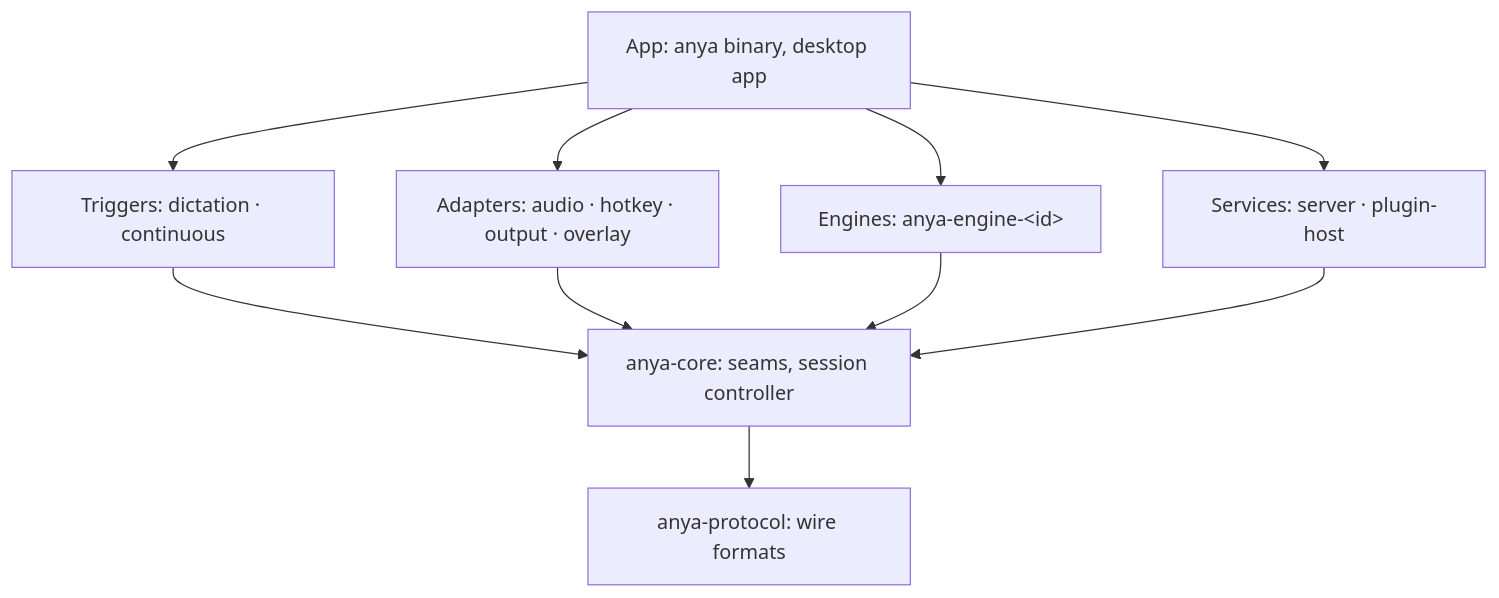
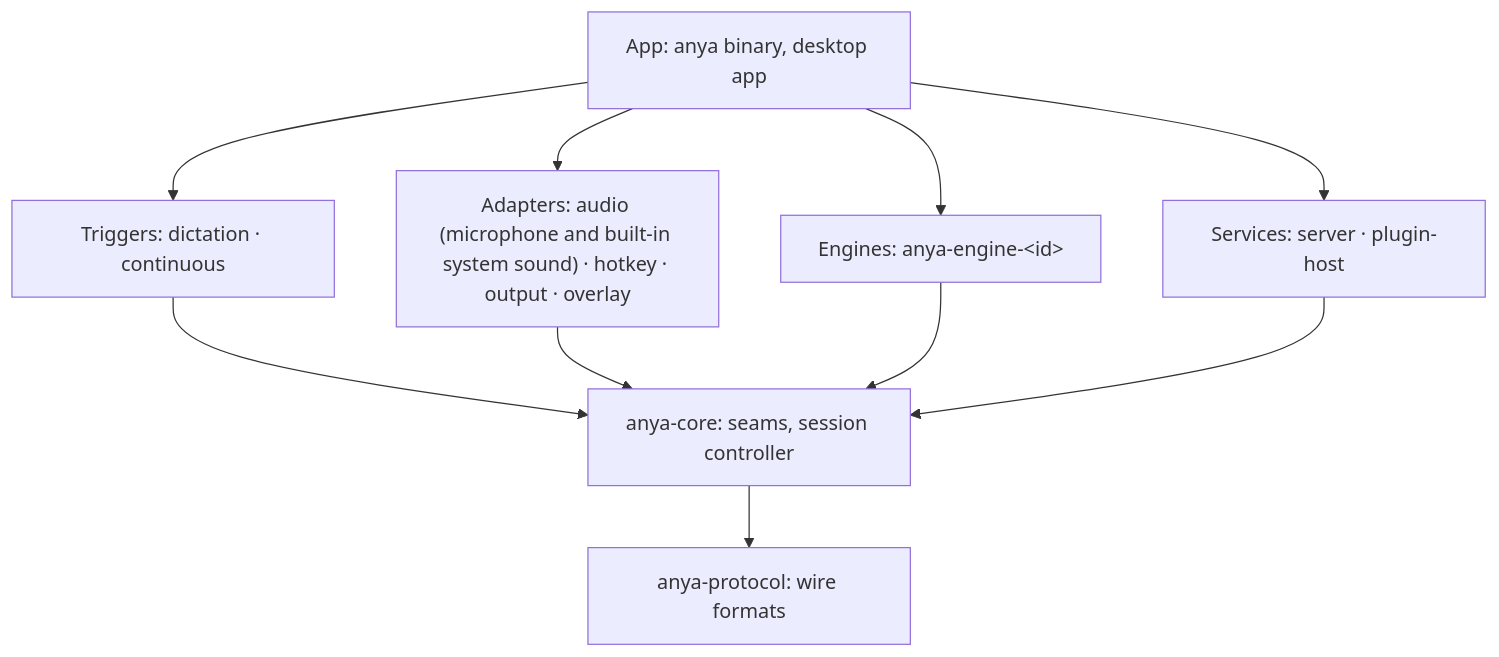
The diagram in ARCHITECTURE.md (wakaka6/anya), drawn with Mermaid before and after one commit. The commit also changed other lines of this file and 5 other files, not shown here.

Commit message:
docs: update README, ARCHITECTURE, CHANGELOG; record the icon decision

````diff
--- a/ARCHITECTURE.md
+++ b/ARCHITECTURE.md
@@ -7,12 +7,12 @@
 ```mermaid
 flowchart TB
   App["App: anya binary, desktop app"]
   Trigger["Triggers: dictation · continuous"]
-  Adapter["Adapters: audio · hotkey · output · overlay"]
+  Adapter["Adapters: audio (microphone and built-in system sound) · hotkey · output · overlay"]
   Engine["Engines: anya-engine-&lt;id&gt;"]
   Service["Services: server · plugin-host"]
   Core["anya-core: seams, session controller"]
   Protocol["anya-protocol: wire formats"]
   App --> Trigger & Adapter & Engine & Service
   Trigger & Adapter & Engine & Service --> Core --> Protocol
 ```
````
